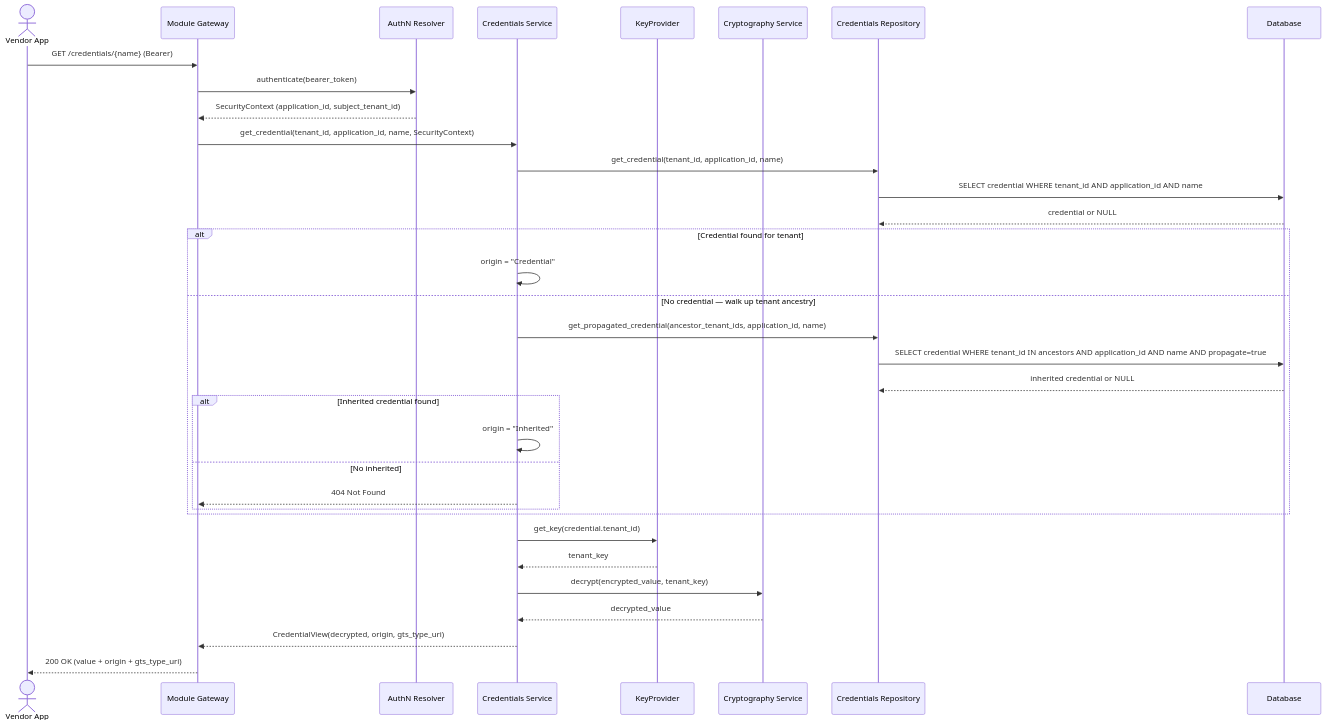
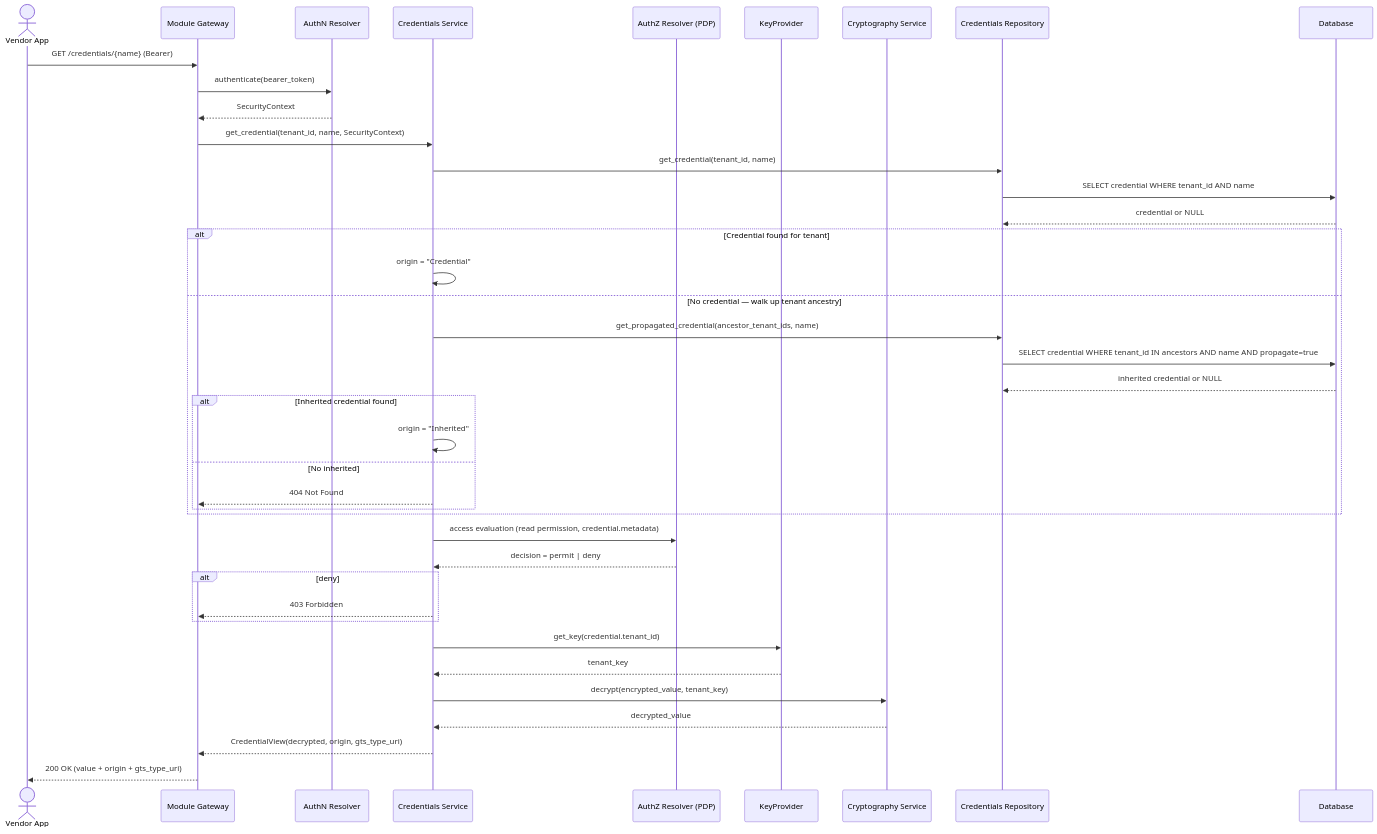
The third of 3 diagrams in modules/credstore/plugins/credentials-storage/DESIGN.md (nullhypothesic/cyberfabric-core), drawn with Mermaid before and after one commit. The commit also changed other lines of this file and 1 other file, not shown here.

Commit message:
docs:  delegate caller-scoping to AuthZ via metadata

````diff
--- a/modules/credstore/plugins/credentials-storage/DESIGN.md
+++ b/modules/credstore/plugins/credentials-storage/DESIGN.md
@@ -455,39 +456,46 @@
 ```mermaid
 sequenceDiagram
     actor App as Vendor App
     participant GW as Module Gateway
     participant AuthN as AuthN Resolver
     participant Svc as Credentials Service
+    participant AuthZ as AuthZ Resolver (PDP)
     participant KP as KeyProvider
     participant Crypto as Cryptography Service
     participant Repo as Credentials Repository
     participant DB as Database
 
     App->>GW: GET /credentials/{name} (Bearer)
     GW->>AuthN: authenticate(bearer_token)
-    AuthN-->>GW: SecurityContext (application_id, subject_tenant_id)
-    GW->>Svc: get_credential(tenant_id, application_id, name, SecurityContext)
-    Svc->>Repo: get_credential(tenant_id, application_id, name)
-    Repo->>DB: SELECT credential WHERE tenant_id AND application_id AND name
+    AuthN-->>GW: SecurityContext
+    GW->>Svc: get_credential(tenant_id, name, SecurityContext)
+    Svc->>Repo: get_credential(tenant_id, name)
+    Repo->>DB: SELECT credential WHERE tenant_id AND name
     DB-->>Repo: credential or NULL
 
     alt Credential found for tenant
         Svc->>Svc: origin = "Credential"
     else No credential — walk up tenant ancestry
-        Svc->>Repo: get_propagated_credential(ancestor_tenant_ids, application_id, name)
-        Repo->>DB: SELECT credential WHERE tenant_id IN ancestors AND application_id AND name AND propagate=true
+        Svc->>Repo: get_propagated_credential(ancestor_tenant_ids, name)
+        Repo->>DB: SELECT credential WHERE tenant_id IN ancestors AND name AND propagate=true
         DB-->>Repo: inherited credential or NULL
         alt Inherited credential found
             Svc->>Svc: origin = "Inherited"
         else No inherited
             Svc-->>GW: 404 Not Found
         end
+    end
+
+    Svc->>AuthZ: access evaluation (read permission, credential.metadata)
+    AuthZ-->>Svc: decision = permit | deny
+    alt deny
+        Svc-->>GW: 403 Forbidden
     end
 
     Svc->>KP: get_key(credential.tenant_id)
     KP-->>Svc: tenant_key
     Svc->>Crypto: decrypt(encrypted_value, tenant_key)
     Crypto-->>Svc: decrypted_value
     Svc-->>GW: CredentialView(decrypted, origin, gts_type_uri)
     GW-->>App: 200 OK (value + origin + gts_type_uri)
 ```
````
